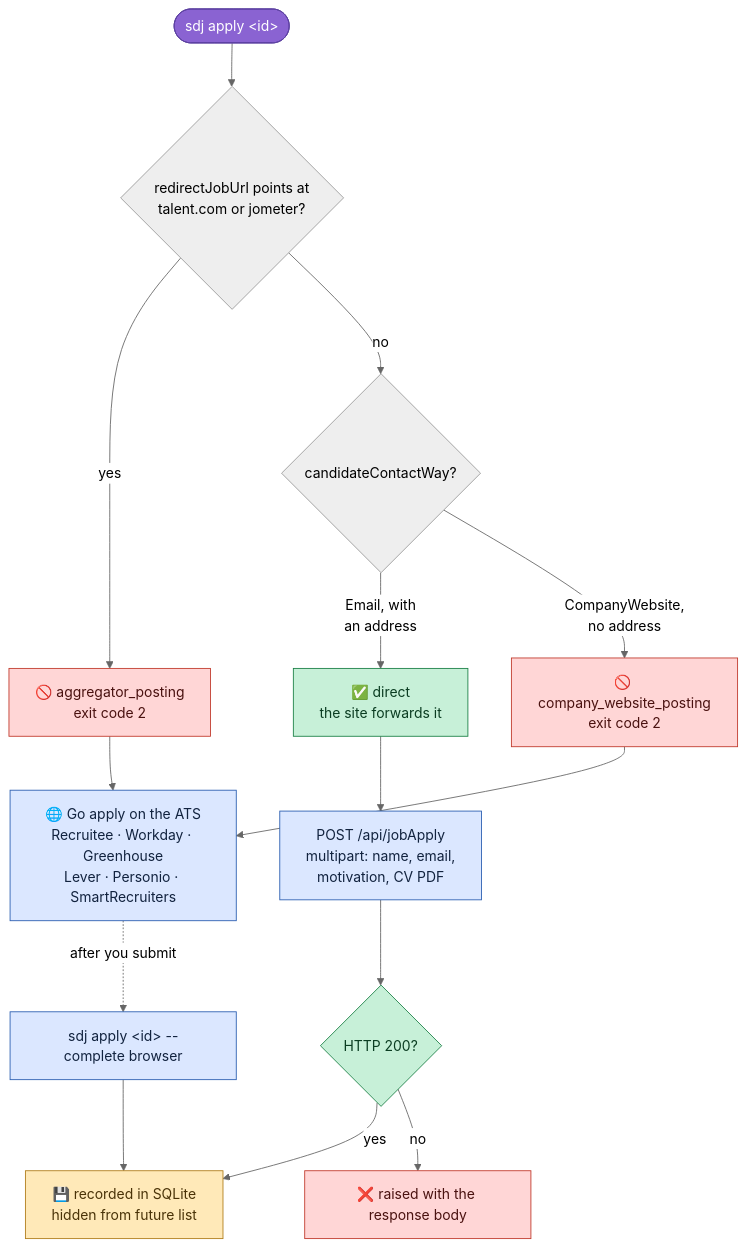
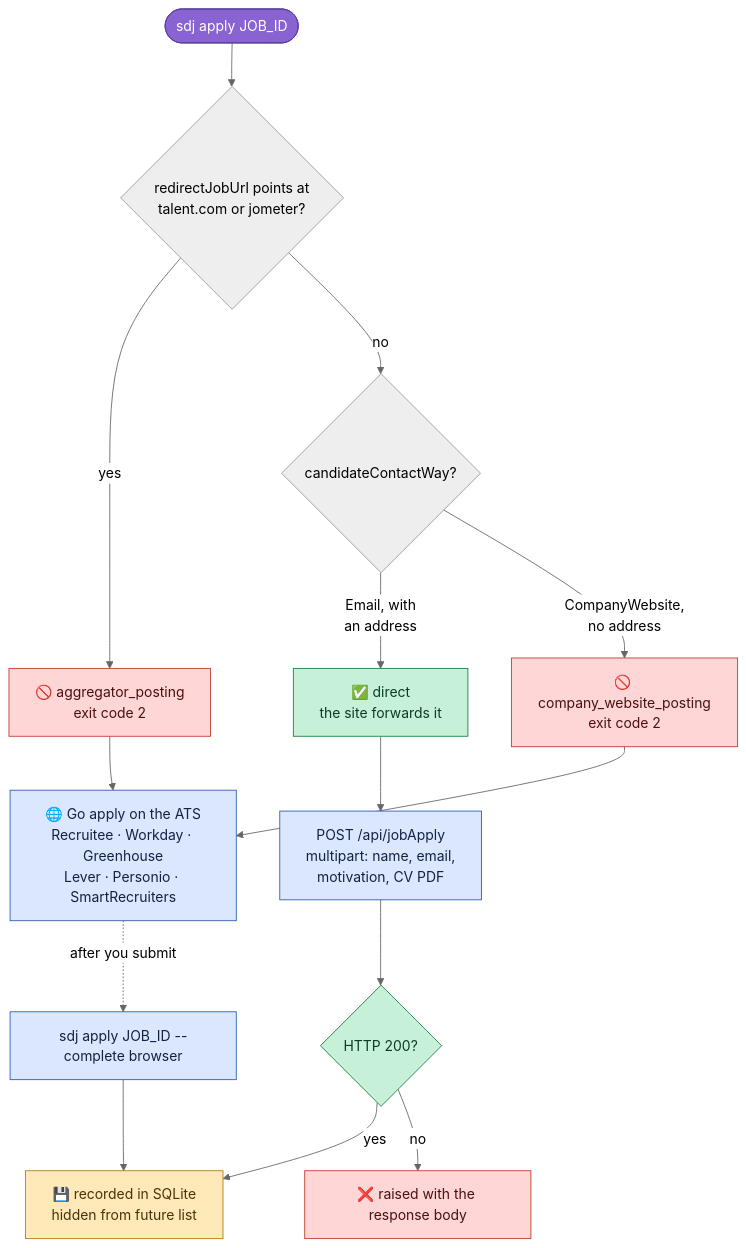
One commit to Stupidoodle/swissdevjobs-cli changed the third of 6 diagrams in README.md. Above: the diagram before and after it, drawn with Mermaid (neutral theme).

Commit message:
docs: use JOB_ID in diagram labels
GitHub's mermaid sanitizer strips HTML entities from node text, so
"sdj apply &lt;id&gt;" rendered as a bare "sdj apply".

````diff
--- a/README.md
+++ b/README.md
@@ -242,33 +242,33 @@
 ```mermaid
 flowchart TD
-    START(["sdj apply &lt;id&gt;"]) --> Q1{"redirectJobUrl points at<br/>talent.com or jometer?"}
+    START(["sdj apply JOB_ID"]) --> Q1{"redirectJobUrl points at<br/>talent.com or jometer?"}
 
     Q1 -->|yes| AGG["🚫 aggregator_posting<br/>exit code 2"]
     Q1 -->|no| Q2{"candidateContactWay?"}
 
     Q2 -->|"Email, with<br/>an address"| DIRECT["✅ direct<br/>the site forwards it"]
     Q2 -->|"CompanyWebsite,<br/>no address"| CW["🚫 company_website_posting<br/>exit code 2"]
 
     AGG --> BROWSER["🌐 Go apply on the ATS<br/>Recruitee · Workday · Greenhouse<br/>Lever · Personio · SmartRecruiters"]
     CW --> BROWSER
 
     DIRECT --> POST["POST /api/jobApply<br/>multipart: name, email,<br/>motivation, CV PDF"]
     POST --> OK{"HTTP 200?"}
     OK -->|yes| MARK["💾 recorded in SQLite<br/>hidden from future list"]
     OK -->|no| ERR["❌ raised with the response body"]
 
-    BROWSER -.->|"after you submit"| COMPLETE["sdj apply &lt;id&gt; --complete browser"]
+    BROWSER -.->|"after you submit"| COMPLETE["sdj apply JOB_ID --complete browser"]
     COMPLETE --> MARK
 
     classDef start fill:#8A63D2,stroke:#5b3fa0,color:#ffffff
     classDef good fill:#c7f0d8,stroke:#1a7f45,color:#0b3d22
     classDef bad fill:#ffd6d6,stroke:#c0392b,color:#4a1210
     classDef work fill:#dbe7ff,stroke:#2a5db0,color:#12233f
     classDef store fill:#ffe9b8,stroke:#b07d1a,color:#4a3308
 
     class START start
     class DIRECT,OK good
     class AGG,CW,ERR bad
     class POST,BROWSER,COMPLETE work
     class MARK store
 ```
````
